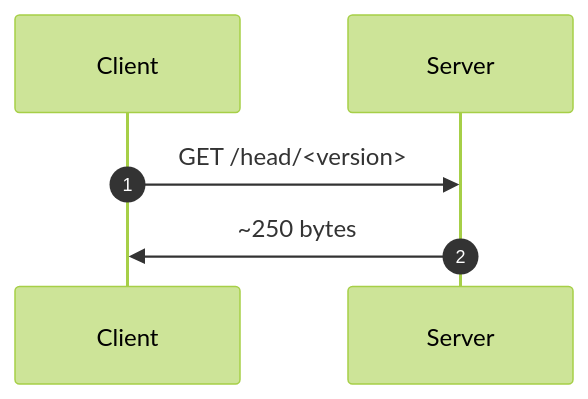
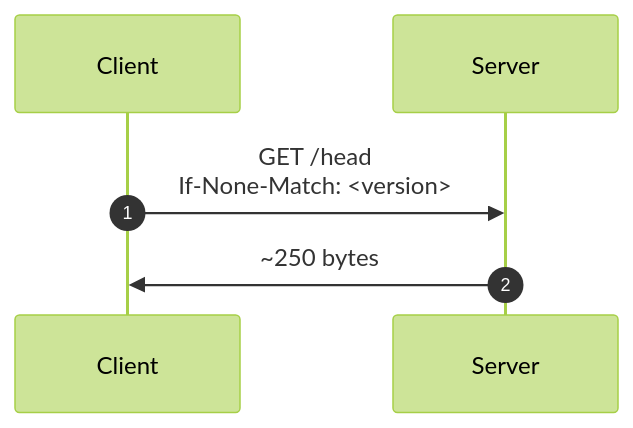
Before and after one commit to bitmeta69/securedrop: the fourth of 4 diagrams in PROPOSAL.md, drawn with Mermaid (forest theme). The commit also changed other lines of this file and 2 other files, not shown here.

Commit message:
feat(/head): pass version in "If-None-Match" (request) and "ETag" (response) headers

````diff
--- a/PROPOSAL.md
+++ b/PROPOSAL.md
@@ -137,10 +137,10 @@
 ```mermaid
 sequenceDiagram
 autonumber
 
 participant Client
 participant Server
 
-Client ->> Server: GET /head/<version>
+Client ->> Server: GET /head<br>If-None-Match: <version>
 Server ->> Client: ~250 bytes
 ```
````
